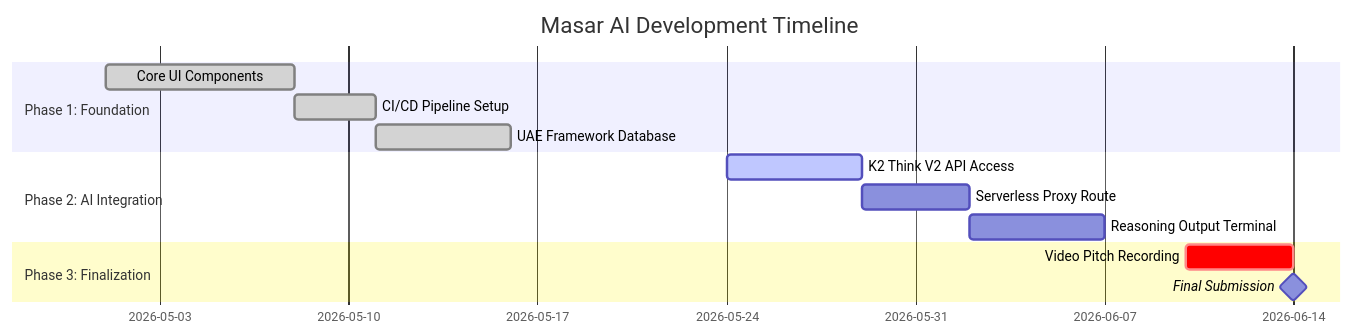
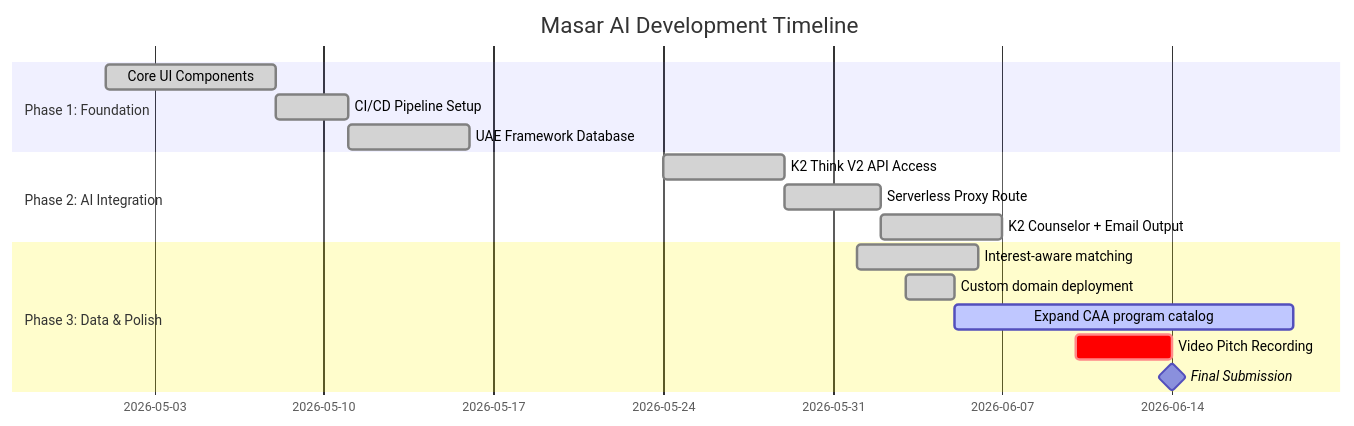
Before and after one commit to BuildingTHEITGUY/masar-ai: the third of 3 diagrams in README.md, drawn with Mermaid. The commit also changed other lines of this file and 1 other file, not shown here.

````diff
--- a/README.md
+++ b/README.md
@@ -179,18 +192,21 @@
 ```mermaid
 gantt
     title Masar AI Development Timeline
     dateFormat  YYYY-MM-DD
     section Phase 1: Foundation
     Core UI Components           :done, p1, 2026-05-01, 7d
     CI/CD Pipeline Setup         :done, p2, 2026-05-08, 3d
     UAE Framework Database       :done, p3, 2026-05-11, 5d
     
     section Phase 2: AI Integration
-    K2 Think V2 API Access       :active, p4, 2026-05-24, 5d
-    Serverless Proxy Route       :p5, after p4, 4d
-    Reasoning Output Terminal    :p6, after p5, 5d
+    K2 Think V2 API Access       :done, p4, 2026-05-24, 5d
+    Serverless Proxy Route       :done, p5, after p4, 4d
+    K2 Counselor + Email Output  :done, p6, after p5, 5d
     
-    section Phase 3: Finalization
+    section Phase 3: Data & Polish
+    Interest-aware matching      :done, p8, 2026-06-01, 5d
+    Custom domain deployment     :done, p9, 2026-06-03, 2d
+    Expand CAA program catalog   :active, p10, 2026-06-05, 14d
     Video Pitch Recording        :crit, p7, 2026-06-10, 4d
     Final Submission             :milestone, 2026-06-14, 0d
 ```
````
